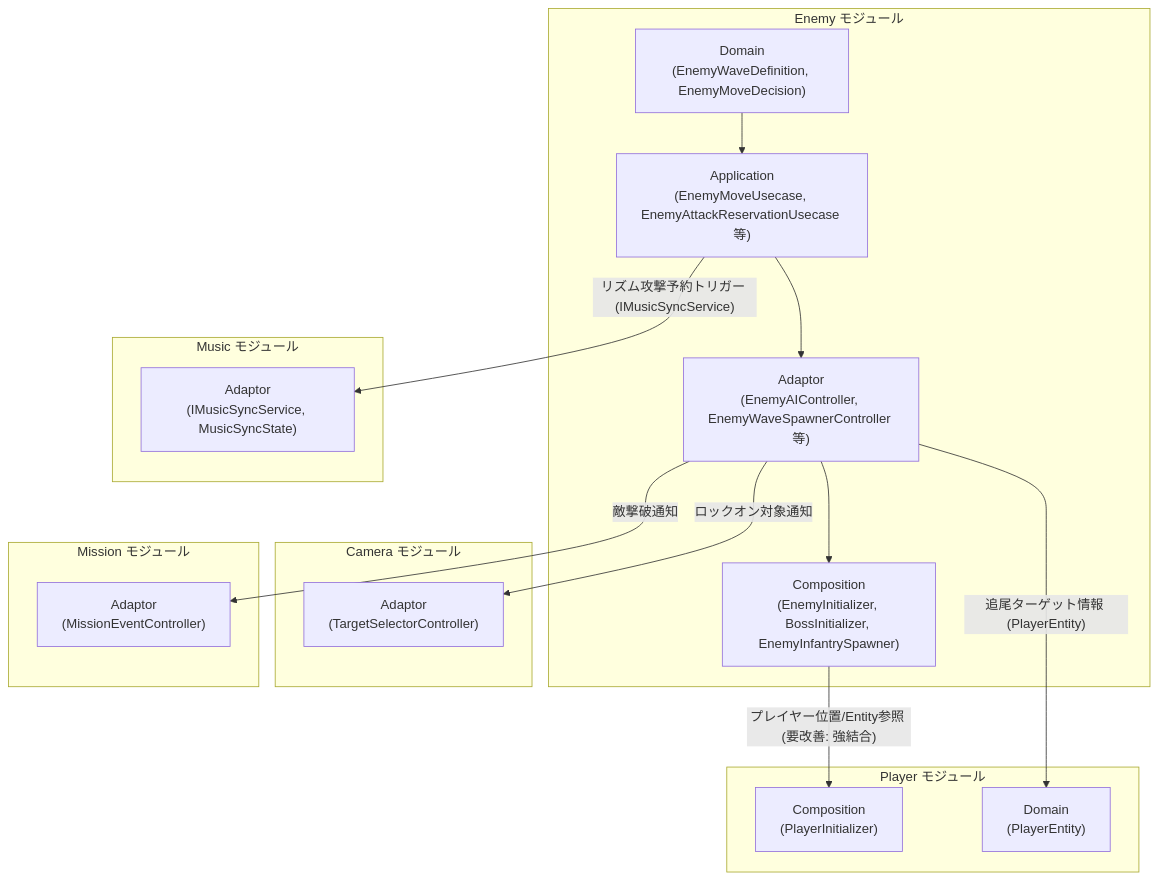
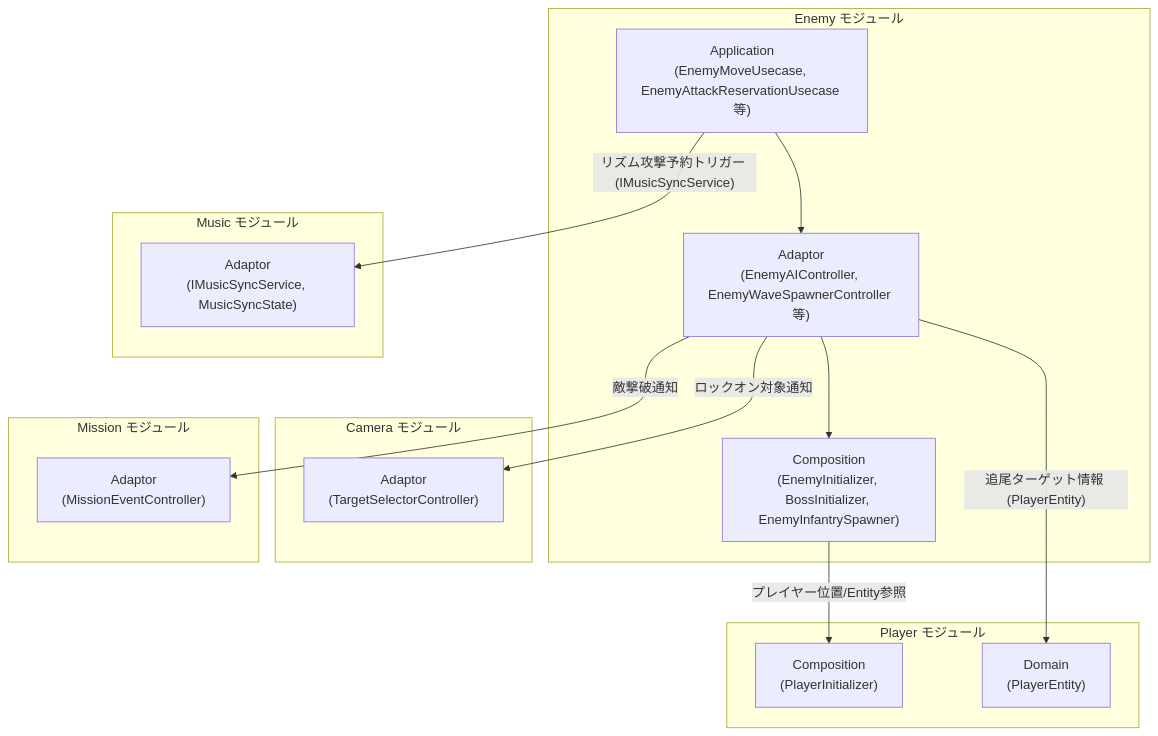
Before and after one commit to HIBIKI5201/SymphonyKillChord: the first of 4 diagrams in Assets/Docs/ScriptsDocs/Modules/NotionModuleDocs/Enemy.md, drawn with Mermaid. The commit also changed other lines of this file and 5 other files, not shown here.

````diff
--- a/Assets/Docs/ScriptsDocs/Modules/NotionModuleDocs/Enemy.md
+++ b/Assets/Docs/ScriptsDocs/Modules/NotionModuleDocs/Enemy.md
@@ -43,35 +40,35 @@
 ```mermaid
 graph TD
+    %% 定義 (接続のないレイヤーは省略)
     subgraph EnemyModule [Enemy モジュール]
-        E_Domain["Domain\n(EnemyWaveDefinition, EnemyMoveDecision)"]
         E_App["Application\n(EnemyMoveUsecase, EnemyAttackReservationUsecase 等)"]
         E_Adaptor["Adaptor\n(EnemyAIController, EnemyWaveSpawnerController 等)"]
         E_Composition["Composition\n(EnemyInitializer, BossInitializer, EnemyInfantrySpawner)"]
-        E_Domain --> E_App
         E_App --> E_Adaptor
         E_Adaptor --> E_Composition
     end
 
     subgraph PlayerModule [Player モジュール]
         P_Composition["Composition\n(PlayerInitializer)"]
         P_Domain["Domain\n(PlayerEntity)"]
     end
 
     subgraph MusicModule [Music モジュール]
         M_Adaptor["Adaptor\n(IMusicSyncService, MusicSyncState)"]
     end
 
     subgraph CameraModule [Camera モジュール]
         C_Adaptor["Adaptor\n(TargetSelectorController)"]
     end
 
     subgraph MissionModule [Mission モジュール]
         MS_Adaptor["Adaptor\n(MissionEventController)"]
     end
 
-    E_Composition -->|"プレイヤー位置/Entity参照 (要改善: 強結合)"| P_Composition
+    %% 依存関係
+    E_Composition -->|"プレイヤー位置/Entity参照"| P_Composition
     E_Adaptor -->|"追尾ターゲット情報 (PlayerEntity)"| P_Domain
     E_App -->|"リズム攻撃予約トリガー (IMusicSyncService)"| M_Adaptor
     E_Adaptor -->|"ロックオン対象通知"| C_Adaptor
     E_Adaptor -->|"敵撃破通知"| MS_Adaptor
 ```
````
